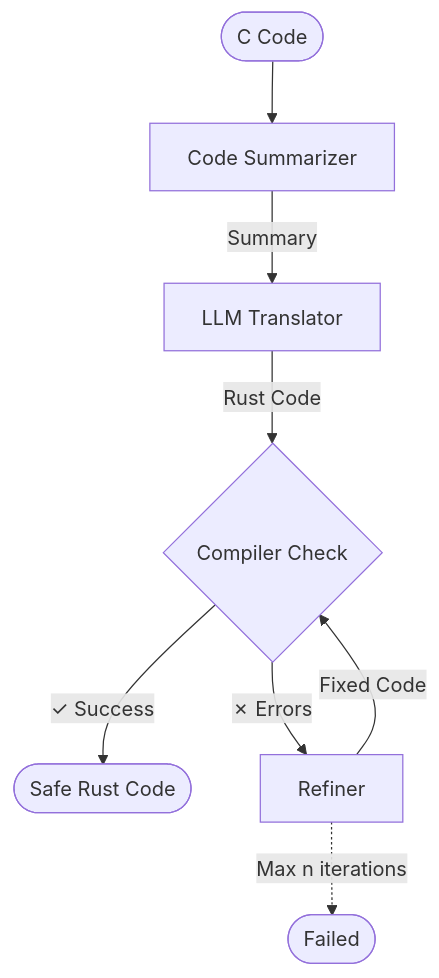
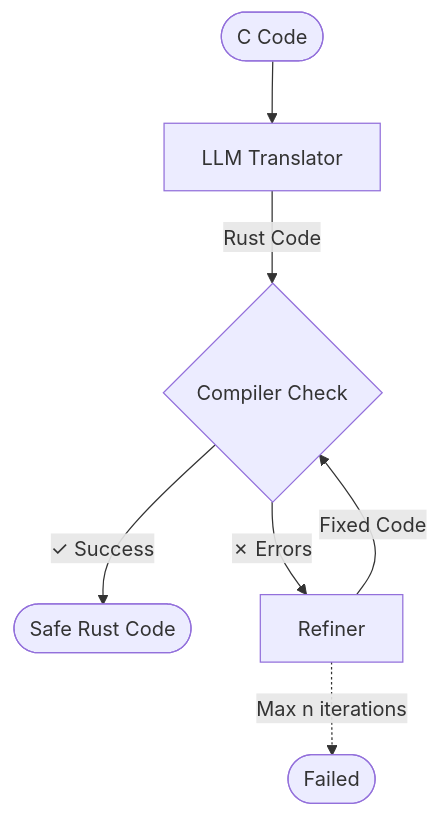
Before and after one commit to athalang/defacc: the diagram in README.md, drawn with Mermaid. The commit also changed other lines of this file and 9 other files, not shown here.

````diff
--- a/README.md
+++ b/README.md
@@ -80,10 +80,9 @@
 ```mermaid
 graph TD
-    Start([C Code]) --> Summarizer[Code Summarizer]
-    Summarizer -->|Summary| Translator[LLM Translator]
+    Start([C Code]) --> Translator[LLM Translator]
     Translator -->|Rust Code| Compiler{Compiler Check}
     Compiler -->|✓ Success| Done([Safe Rust Code])
     Compiler -->|✗ Errors| Refiner[Refiner]
     Refiner -->|Fixed Code| Compiler
     Refiner -.->|Max n iterations| Failed([Failed])
 ```
````
